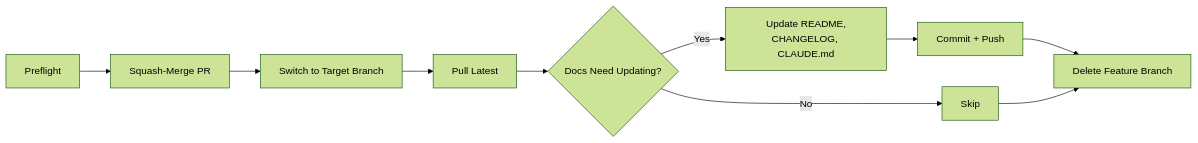
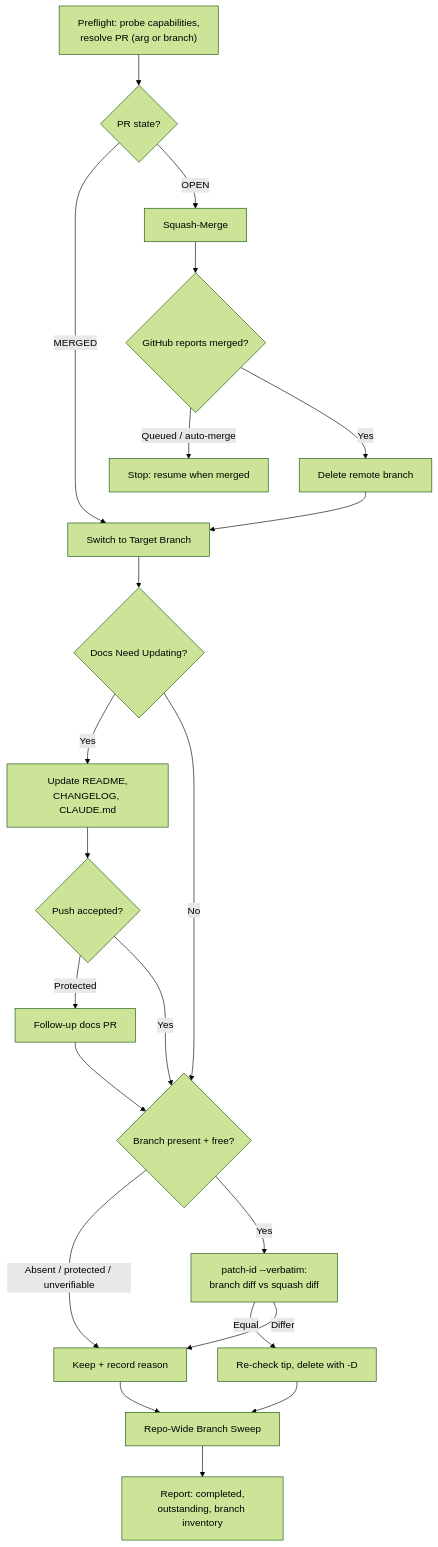
Before and after one commit to anbuneel/agentic-engineering: the fourth of 8 diagrams in docs/SKILLS_GUIDE.md, drawn with Mermaid (forest theme). The commit also changed other lines of this file and 16 other files, not shown here.

First line of the commit message:
fix(merge): delete merged branches on content proof, not ancestry (#1)

````diff
--- a/docs/SKILLS_GUIDE.md
+++ b/docs/SKILLS_GUIDE.md
@@ -130,12 +142,24 @@
 ```mermaid
-graph LR
-    A[Preflight] --> B[Squash-Merge PR]
-    B --> C[Switch to Target Branch]
-    C --> D[Pull Latest]
-    D --> E{Docs Need Updating?}
+graph TD
+    A["Preflight: probe capabilities,\nresolve PR (arg or branch)"] --> B{PR state?}
+    B -- MERGED --> C[Switch to Target Branch]
+    B -- OPEN --> M[Squash-Merge]
+    M --> N{GitHub reports merged?}
+    N -- "Queued / auto-merge" --> Z[Stop: resume when merged]
+    N -- Yes --> D[Delete remote branch]
+    D --> C
+    C --> E{Docs Need Updating?}
     E -- Yes --> F["Update README,\nCHANGELOG, CLAUDE.md"]
-    F --> G[Commit + Push]
-    E -- No --> H[Skip]
-    G --> I[Delete Feature Branch]
+    F --> G{Push accepted?}
+    G -- Protected --> H[Follow-up docs PR]
+    G -- Yes --> I{Branch present + free?}
+    E -- No --> I
     H --> I
+    I -- "Absent / protected / unverifiable" --> K[Keep + record reason]
+    I -- Yes --> J["patch-id --verbatim:\nbranch diff vs squash diff"]
+    J -- Equal --> L["Re-check tip, delete with -D"]
+    J -- Differ --> K
+    L --> O[Repo-Wide Branch Sweep]
+    K --> O
+    O --> P["Report: completed,\noutstanding, branch inventory"]
 ```
````
